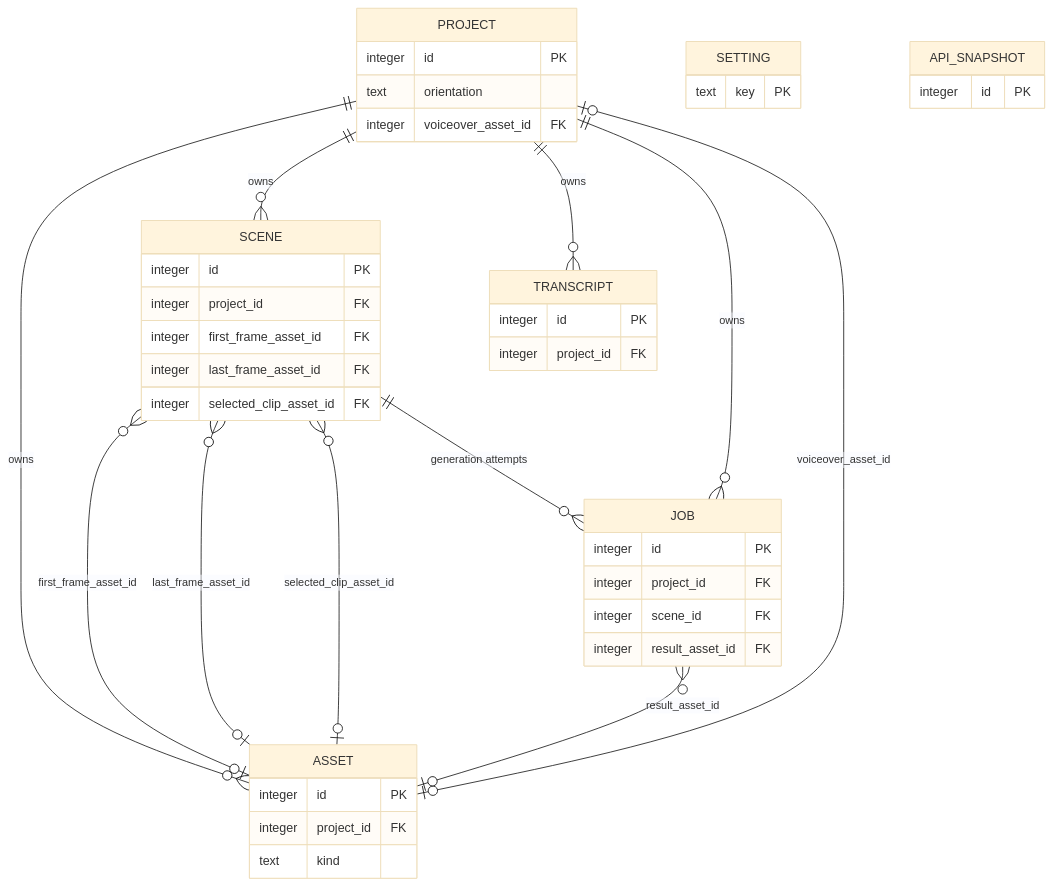
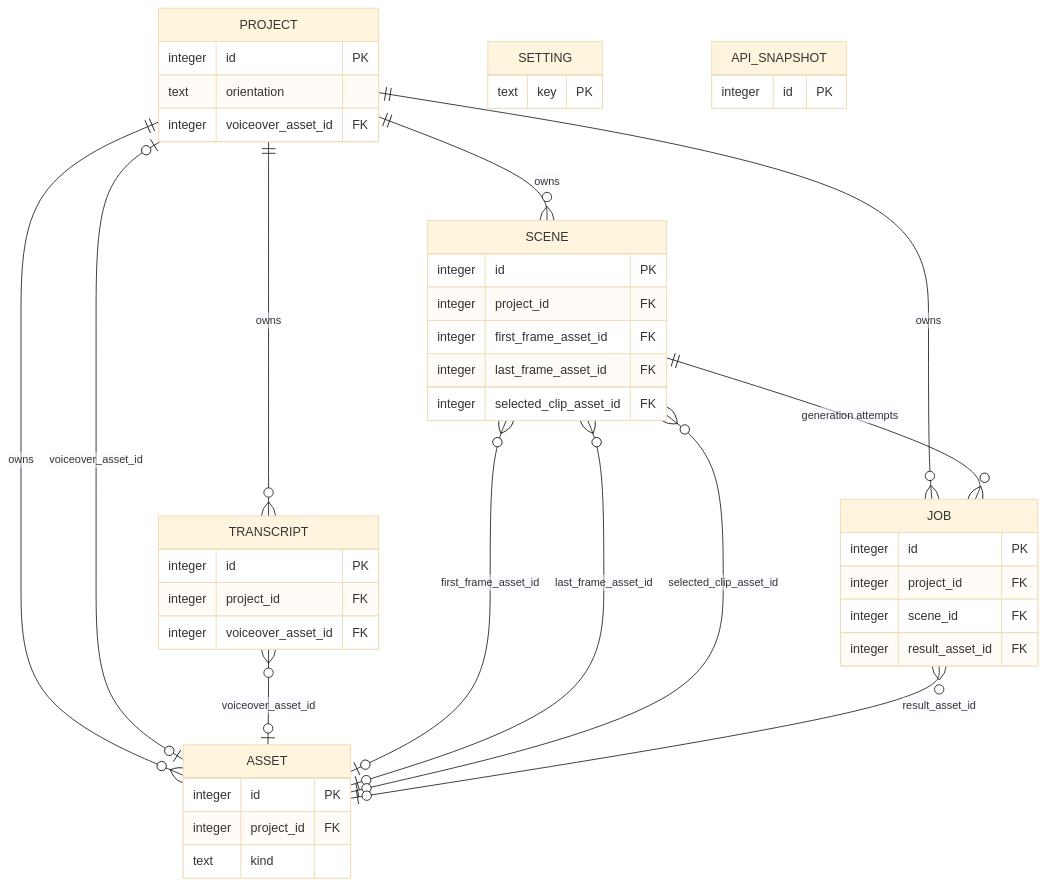
One commit to Joshi004/VisionStudio changed the diagram in DATABASE_STRUCTURE.md. Above: the diagram before and after it, drawn with Mermaid (base theme). The commit also changed other lines of this file and 14 other files, not shown here.

````diff
--- a/DATABASE_STRUCTURE.md
+++ b/DATABASE_STRUCTURE.md
@@ -52,47 +56,49 @@
 ```mermaid
 erDiagram
     PROJECT {
         integer id PK
         text orientation
         integer voiceover_asset_id FK
     }
     ASSET {
         integer id PK
         integer project_id FK
         text kind
     }
     TRANSCRIPT {
         integer id PK
         integer project_id FK
+        integer voiceover_asset_id FK
     }
     SCENE {
         integer id PK
         integer project_id FK
         integer first_frame_asset_id FK
         integer last_frame_asset_id FK
         integer selected_clip_asset_id FK
     }
     JOB {
         integer id PK
         integer project_id FK
         integer scene_id FK
         integer result_asset_id FK
     }
     SETTING {
         text key PK
     }
     API_SNAPSHOT {
         integer id PK
     }
 
     PROJECT ||--o{ ASSET         : "owns"
     PROJECT ||--o{ SCENE         : "owns"
     PROJECT ||--o{ TRANSCRIPT    : "owns"
     PROJECT ||--o{ JOB           : "owns"
     PROJECT |o--o| ASSET         : "voiceover_asset_id"
+    TRANSCRIPT }o--o| ASSET      : "voiceover_asset_id"
     SCENE   }o--o| ASSET         : "first_frame_asset_id"
     SCENE   }o--o| ASSET         : "last_frame_asset_id"
     SCENE   }o--o| ASSET         : "selected_clip_asset_id"
     SCENE   ||--o{ JOB           : "generation attempts"
     JOB     }o--o| ASSET         : "result_asset_id"
 ```
````
